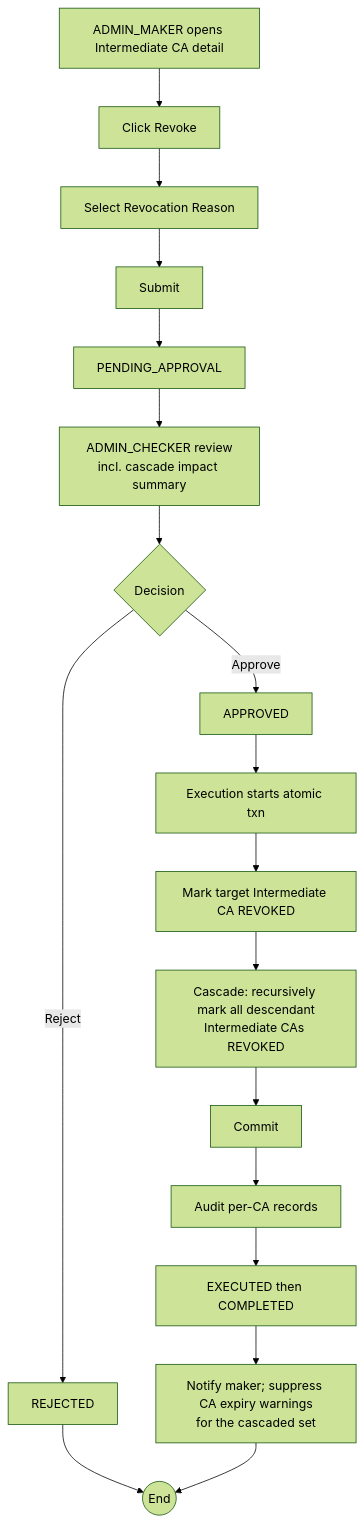
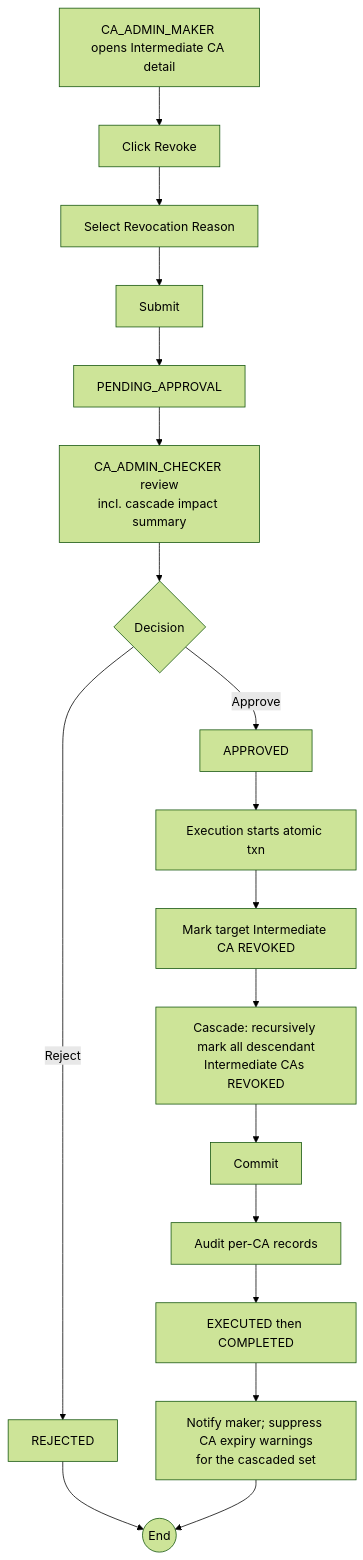
Before and after one commit to ruthvikchandravanam/Nexus-CA: the diagram in Docs/1-Requirements/Workflows/WF-015-intermediate-ca-revocation.md, drawn with Mermaid (forest theme). The commit also changed other lines of this file and 33 other files, not shown here.

````diff
--- a/Docs/1-Requirements/Workflows/WF-015-intermediate-ca-revocation.md
+++ b/Docs/1-Requirements/Workflows/WF-015-intermediate-ca-revocation.md
@@ -20,19 +20,19 @@
 ```mermaid
 flowchart TD
-    A[ADMIN_MAKER opens Intermediate CA detail] --> B[Click Revoke]
+    A[CA_ADMIN_MAKER opens Intermediate CA detail] --> B[Click Revoke]
     B --> C[Select Revocation Reason]
     C --> D[Submit]
     D --> E[PENDING_APPROVAL]
-    E --> F[ADMIN_CHECKER review<br/>incl. cascade impact summary]
+    E --> F[CA_ADMIN_CHECKER review<br/>incl. cascade impact summary]
     F --> G{Decision}
     G -- Reject --> R[REJECTED] --> Z((End))
     G -- Approve --> H[APPROVED]
     H --> I[Execution starts atomic txn]
     I --> J[Mark target Intermediate CA REVOKED]
     J --> K[Cascade: recursively mark all descendant<br/>Intermediate CAs REVOKED]
     K --> L[Commit]
     L --> M[Audit per-CA records]
     M --> N[EXECUTED then COMPLETED]
     N --> O[Notify maker; suppress CA expiry warnings<br/>for the cascaded set]
     O --> Z
 ```
````
